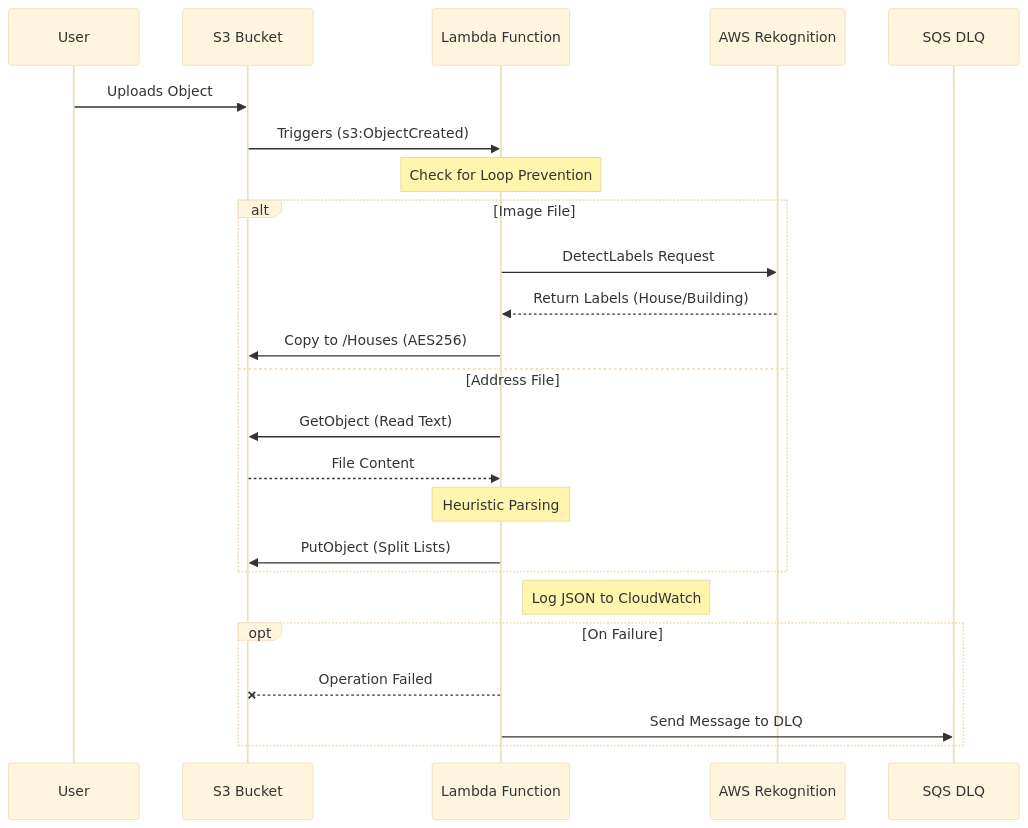
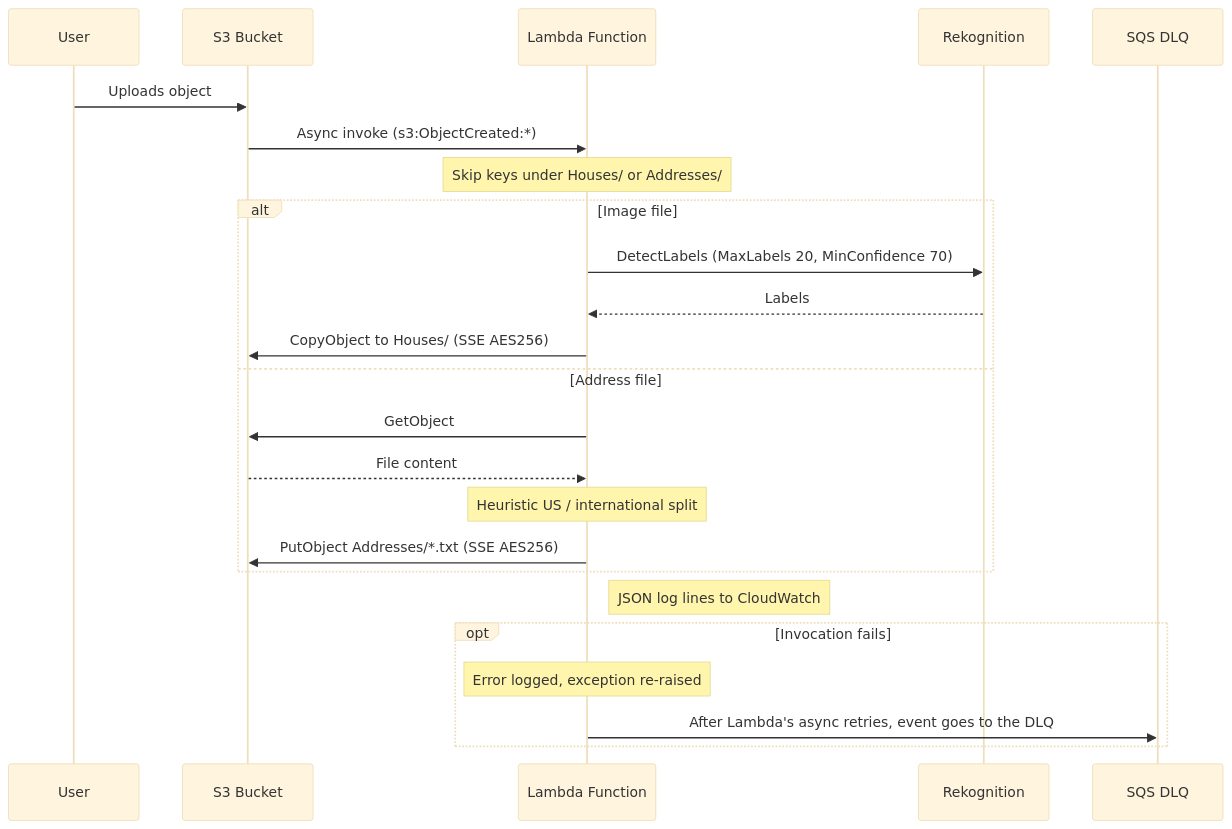
One commit to sakisaki-dev/AWS-Serverless-ImageClassifier changed the second of 2 diagrams in README.md. Above: the diagram before and after it, drawn with Mermaid (base theme). The commit also changed other lines of this file, not shown here.

````diff
--- a/README.md
+++ b/README.md
@@ -50,31 +51,31 @@
 ```mermaid
 sequenceDiagram
     participant U as User
     participant S3 as S3 Bucket
     participant L as Lambda Function
-    participant R as AWS Rekognition
+    participant R as Rekognition
     participant Q as SQS DLQ
 
-    U->>S3: Uploads Object
-    S3->>L: Triggers (s3:ObjectCreated)
-    
-    Note over L: Check for Loop Prevention
-    
-    alt Image File
-        L->>R: DetectLabels Request
-        R-->>L: Return Labels (House/Building)
-        L->>S3: Copy to /Houses (AES256)
-    else Address File
-        L->>S3: GetObject (Read Text)
-        S3-->>L: File Content
-        Note over L: Heuristic Parsing
-        L->>S3: PutObject (Split Lists)
+    U->>S3: Uploads object
+    S3->>L: Async invoke (s3:ObjectCreated:*)
+
+    Note over L: Skip keys under Houses/ or Addresses/
+
+    alt Image file
+        L->>R: DetectLabels (MaxLabels 20, MinConfidence 70)
+        R-->>L: Labels
+        L->>S3: CopyObject to Houses/ (SSE AES256)
+    else Address file
+        L->>S3: GetObject
+        S3-->>L: File content
+        Note over L: Heuristic US / international split
+        L->>S3: PutObject Addresses/*.txt (SSE AES256)
     end
 
-    Note right of L: Log JSON to CloudWatch
+    Note right of L: JSON log lines to CloudWatch
 
-    opt On Failure
-        L--x S3: Operation Failed
-        L->>Q: Send Message to DLQ
+    opt Invocation fails
+        Note over L: Error logged, exception re-raised
+        L->>Q: After Lambda's async retries, event goes to the DLQ
     end
 ```
````
